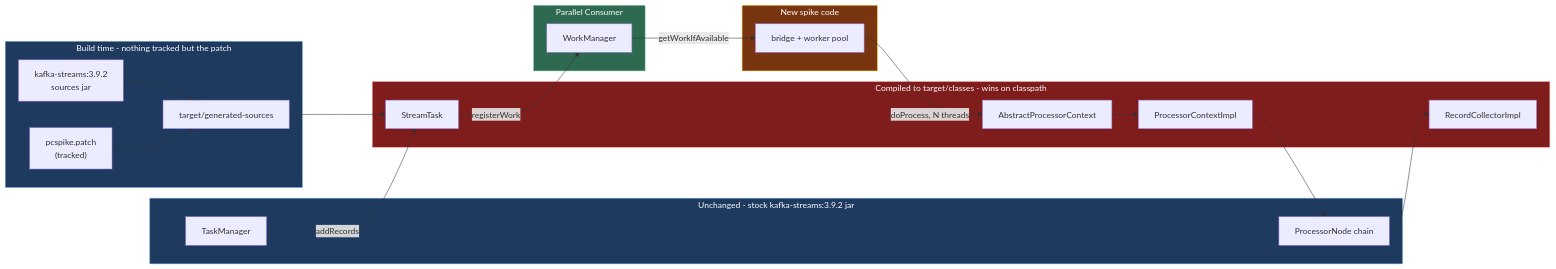
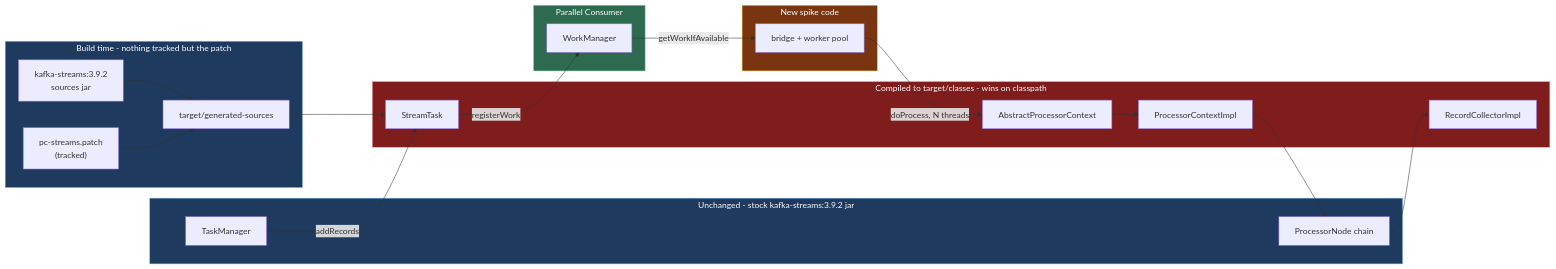
One commit to astubbs/parallel-consumer changed the first of 2 diagrams in docs/plans/2026-08-08-001-feat-ks-on-pc-spike-plan.md. Above: the diagram before and after it, drawn with Mermaid. The commit also changed other lines of this file and 61 other files, not shown here.

````diff
--- a/docs/plans/2026-08-08-001-feat-ks-on-pc-spike-plan.md
+++ b/docs/plans/2026-08-08-001-feat-ks-on-pc-spike-plan.md
@@ -304,41 +304,41 @@
 ```mermaid
 flowchart LR
     subgraph src["Build time - nothing tracked but the patch"]
         JAR["kafka-streams:3.9.2<br/>sources jar"]
-        PATCH["pcspike.patch<br/>(tracked)"]
+        PATCH["pc-streams.patch<br/>(tracked)"]
         GEN["target/generated-sources"]
     end
     subgraph unchanged["Unchanged - stock kafka-streams:3.9.2 jar"]
         TM["TaskManager"]
         PN["ProcessorNode chain"]
     end
     subgraph patched["Compiled to target/classes - wins on classpath"]
         ST["StreamTask"]
         APC["AbstractProcessorContext"]
         PCI["ProcessorContextImpl"]
         RC["RecordCollectorImpl"]
     end
     subgraph bridgebox["New spike code"]
         BR["bridge + worker pool"]
     end
     subgraph pc["Parallel Consumer"]
         WM["WorkManager"]
     end
 
     JAR --> GEN
     PATCH --> GEN
     GEN --> ST
 
     TM -->|"addRecords"| ST
     ST -->|"registerWork"| WM
     WM -->|"getWorkIfAvailable"| BR
     BR -->|"doProcess, N threads"| APC
     APC --> PCI --> PN
     PN --> RC
 
     style src fill:#1e3a5f,stroke:#7cb3e8,color:#fff
     style unchanged fill:#1e3a5f,stroke:#7cb3e8,color:#fff
     style patched fill:#7f1d1d,stroke:#fca5a5,color:#fff
     style pc fill:#2d6a4f,stroke:#95d5b2,color:#fff
     style bridgebox fill:#78350f,stroke:#fcd34d,color:#fff
 ```
````
